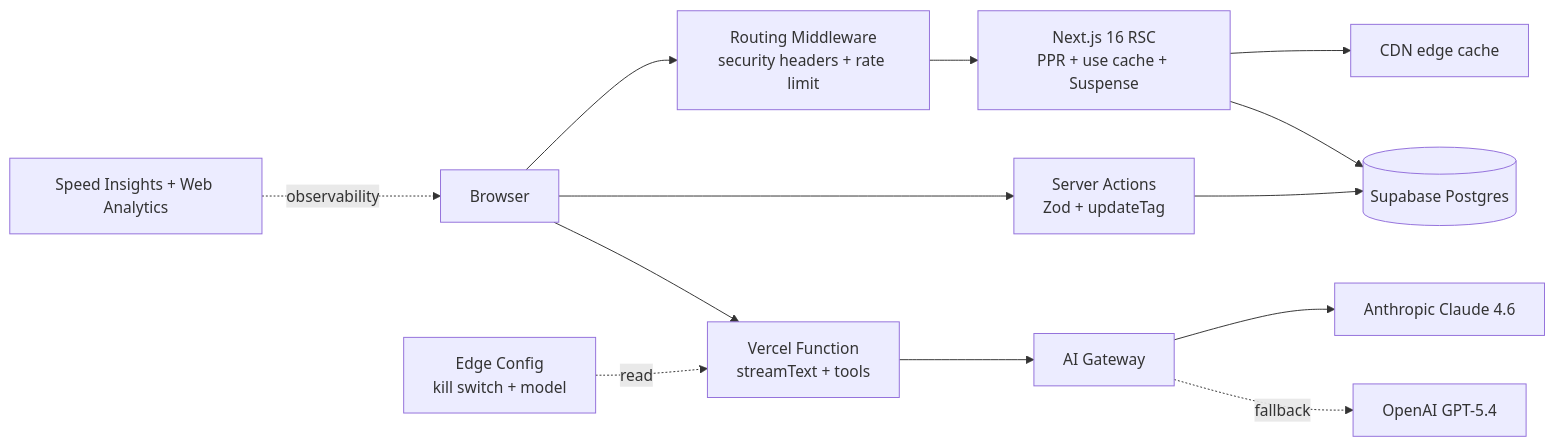
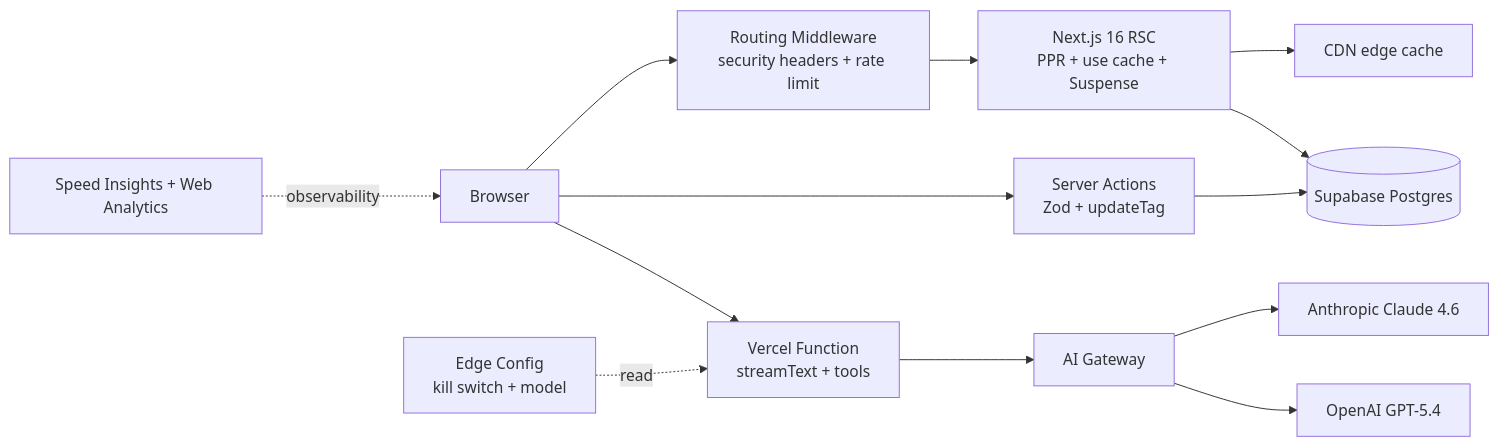
One commit to benrgross/dochub changed the diagram in README.md. Above: the diagram before and after it, drawn with Mermaid. The commit also changed other lines of this file and 25 other files, not shown here.

````diff
--- a/README.md
+++ b/README.md
@@ -34,15 +33,15 @@
 ```mermaid
 flowchart LR
   user[Browser] --> middleware[Routing Middleware<br/>security headers + rate limit]
   middleware --> rsc[Next.js 16 RSC<br/>PPR + use cache + Suspense]
   rsc --> cdn[CDN edge cache]
   rsc --> supabase[(Supabase Postgres)]
   user --> action[Server Actions<br/>Zod + updateTag]
   action --> supabase
   user --> ai[Vercel Function<br/>streamText + tools]
   ai --> gateway[AI Gateway]
   gateway --> claude[Anthropic Claude 4.6]
-  gateway -.fallback.-> gpt[OpenAI GPT-5.4]
+  gateway --> gpt[OpenAI GPT-5.4]
   edgeconfig[Edge Config<br/>kill switch + model] -.read.-> ai
   speed[Speed Insights + Web Analytics] -.observability.-> user
 ```
````
